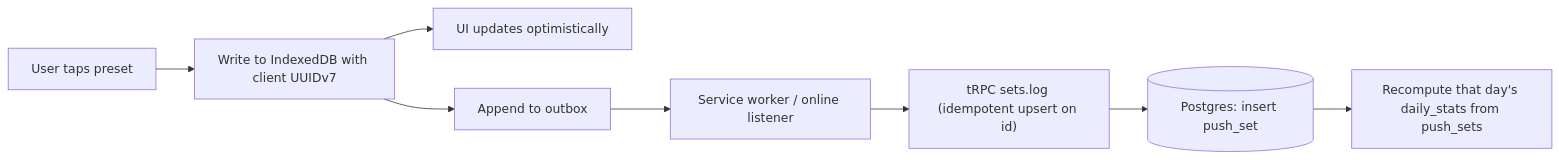
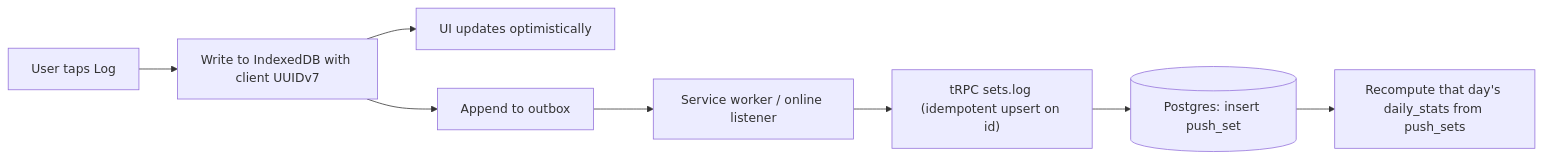
Before and after one commit to nkrishnasridhar/drop-and-give-me-50: the first of 2 diagrams in README.md, drawn with Mermaid. The commit also changed other lines of this file and 4 other files, not shown here.

````diff
--- a/README.md
+++ b/README.md
@@ -29,10 +20,10 @@
 ```mermaid
 flowchart LR
-  Tap[User taps preset] --> Local[Write to IndexedDB with client UUIDv7]
+  Tap[User taps Log] --> Local[Write to IndexedDB with client UUIDv7]
   Local --> UI[UI updates optimistically]
   Local --> Outbox[Append to outbox]
   Outbox --> SW[Service worker / online listener]
   SW --> API["tRPC sets.log (idempotent upsert on id)"]
   API --> PG[(Postgres: insert push_set)]
   PG --> Roll[Recompute that day's daily_stats from push_sets]
 ```
````
